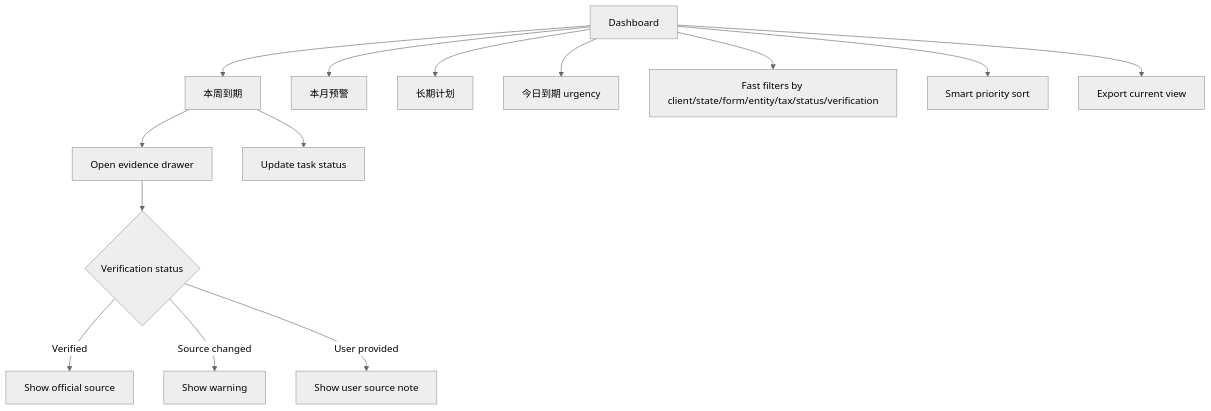
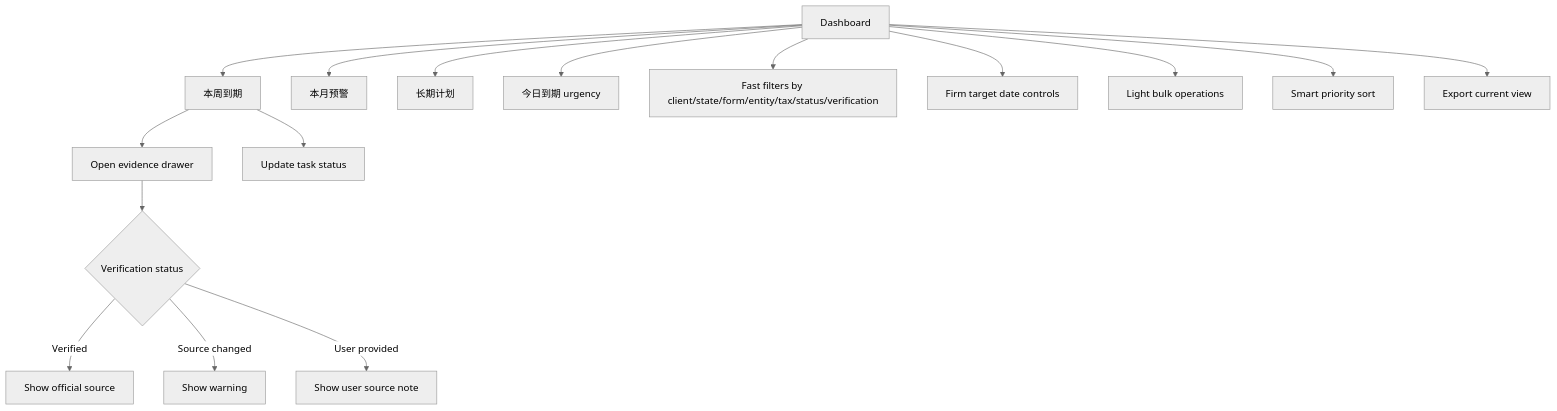
One commit to Yessenia-d/DueDateHQ changed the diagram in specs/monday-triage-dashboard.zh.md. Above: the diagram before and after it, drawn with Mermaid (neutral theme). The commit also changed other lines of this file and 26 other files, not shown here.

````diff
--- a/specs/monday-triage-dashboard.zh.md
+++ b/specs/monday-triage-dashboard.zh.md
@@ -20,16 +21,18 @@
 ```mermaid
 flowchart TD
   A[Dashboard] --> B[本周到期]
   A --> C[本月预警]
   A --> D[长期计划]
   A --> L[今日到期 urgency]
   B --> E[Open evidence drawer]
   B --> F[Update task status]
   A --> G[Fast filters by client/state/form/entity/tax/status/verification]
+  A --> O[Firm target date controls]
+  A --> P[Light bulk operations]
   A --> N[Smart priority sort]
   E --> H{Verification status}
   H -- Verified --> I[Show official source]
   H -- Source changed --> J[Show warning]
   H -- User provided --> K[Show user source note]
   A --> M[Export current view]
 ```
````
